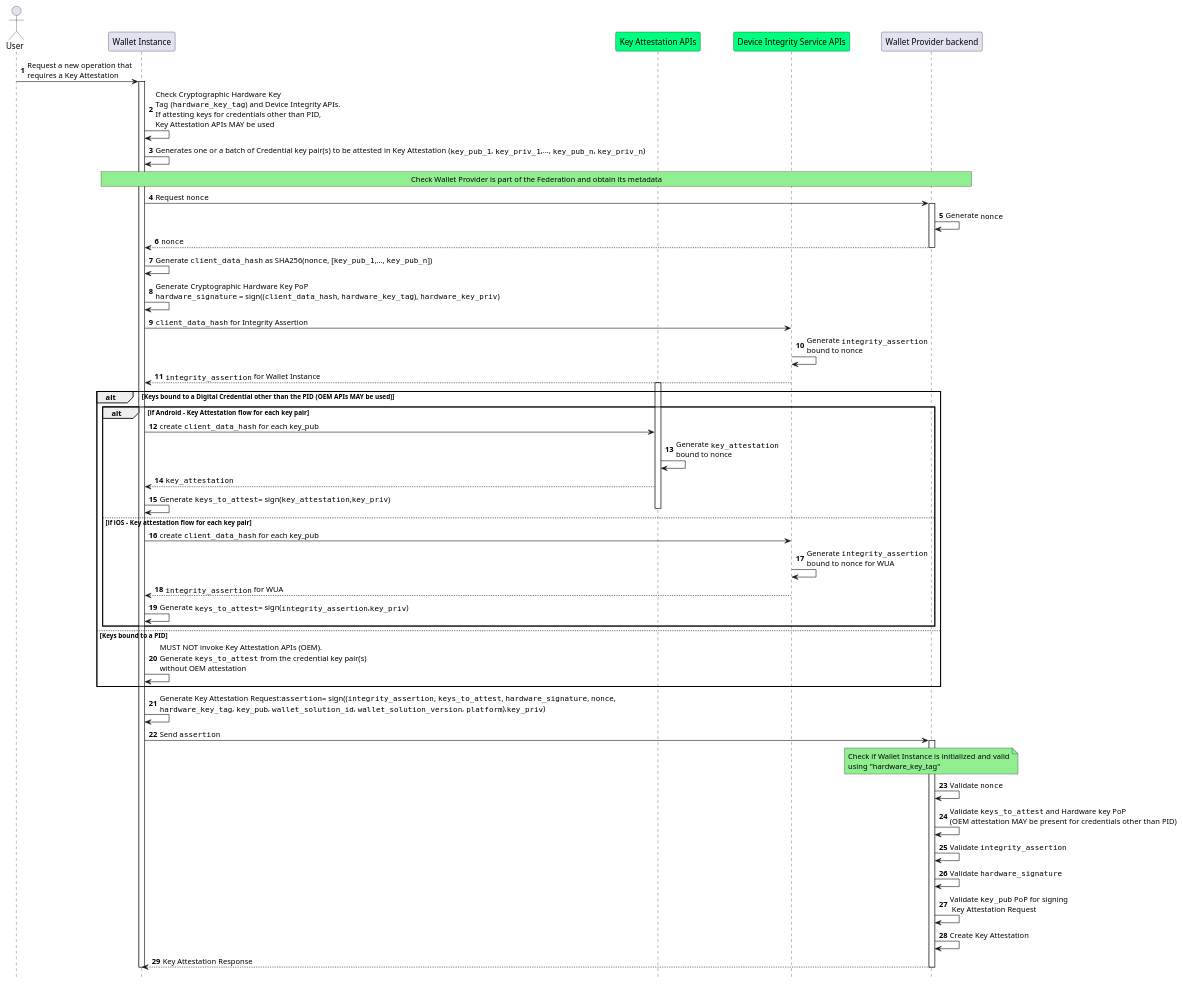
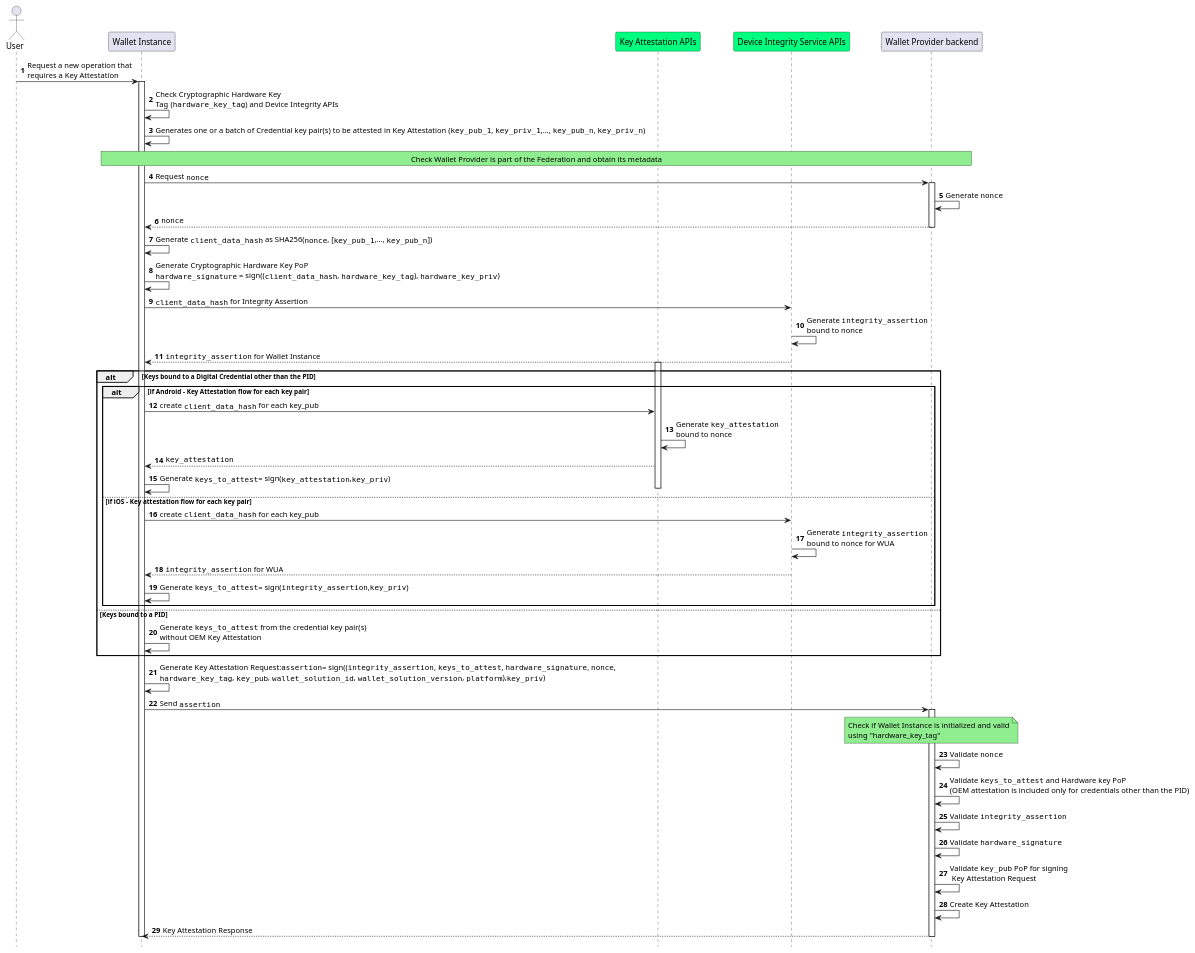
Before and after one commit to italia/eid-wallet-it-docs: the diagram in docs/en/plantuml/wallet-attestation-issuance.puml, drawn with PlantUML. The commit also changed 3 other files, not shown here.

```diff
--- a/docs/en/plantuml/wallet-attestation-issuance.puml
+++ b/docs/en/plantuml/wallet-attestation-issuance.puml
@@ -1,88 +1,88 @@
 @startuml Wallet App and Wallet Unit Attestations Issuance
 autonumber
 hide footbox
 
 'Participants
 actor "User" as user
 participant "Wallet Instance" as app 
 participant "Key Attestation APIs" as kats #springgreen
 participant "Device Integrity Service APIs" as aats #springgreen
 participant "Wallet Provider backend" as bck
 
 user->app: Request a new operation that\nrequires a Key Attestation 
 activate app
 
-app->app: Check Cryptographic Hardware Key \nTag (""hardware_key_tag"") and Device Integrity APIs.\nIf attesting keys for credentials other than PID,\nKey Attestation APIs MAY be used
+app->app: Check Cryptographic Hardware Key \nTag (""hardware_key_tag"") and Device Integrity APIs
 
 app->app: Generates one or a batch of Credential key pair(s) to be attested in Key Attestation (""key_pub_1"", ""key_priv_1"",..., ""key_pub_n"", ""key_priv_n"")
 
 rnote over app,bck #LIGHTGREEN
 Check Wallet Provider is part of the Federation and obtain its metadata
 endrnote
 
 app->bck: Request ""nonce""
 activate bck
 
 bck->bck: Generate ""nonce""
 
 bck-->app: ""nonce""
 deactivate bck
 
 
 app->app: Generate ""client_data_hash"" as SHA256(""nonce"", [""key_pub_1"",..., ""key_pub_n""]) 
 
 app->app: Generate Cryptographic Hardware Key PoP\n""hardware_signature"" = sign((""client_data_hash"", ""hardware_key_tag""), ""hardware_key_priv"")
 
 app->aats: ""client_data_hash"" for Integrity Assertion
 aats->aats: Generate ""integrity_assertion""\nbound to nonce 
 aats-->app: ""integrity_assertion"" for Wallet Instance
 
-alt Keys bound to a Digital Credential other than the PID (OEM APIs MAY be used)
+alt Keys bound to a Digital Credential other than the PID
 
 alt if Android - Key Attestation flow for each key pair
 
 activate kats
 
 app->kats: create ""client_data_hash"" for each key_pub
 
 kats->kats: Generate ""key_attestation""\nbound to nonce
 
 kats-->app: ""key_attestation"" 
 app->app : Generate ""keys_to_attest""= sign(""key_attestation"",""key_priv"")
 
 deactivate kats
 
 else if iOS - Key attestation flow for each key pair
 
 app->aats: create ""client_data_hash"" for each key_pub
 aats->aats: Generate ""integrity_assertion""\nbound to nonce for WUA
 aats-->app: ""integrity_assertion"" for WUA 
 app->app : Generate ""keys_to_attest""= sign(""integrity_assertion"",""key_priv"")
 end
 
 else Keys bound to a PID
-app->app: MUST NOT invoke Key Attestation APIs (OEM).\nGenerate ""keys_to_attest"" from the credential key pair(s)\nwithout OEM attestation
+app->app: Generate ""keys_to_attest"" from the credential key pair(s)\nwithout OEM Key Attestation
 end
 
 
 app->app: Generate Key Attestation Request:""assertion""= sign((""integrity_assertion"", ""keys_to_attest"", ""hardware_signature"", ""nonce"",\n""hardware_key_tag"", ""key_pub"", ""wallet_solution_id"", ""wallet_solution_version"", ""platform""),""key_priv"")
 app->bck: Send ""assertion""
 activate bck
 Note over bck, bck #LIGHTGREEN
 Check if Wallet Instance is initialized and valid
 using "hardware_key_tag"
 End note
 
 bck->bck: Validate ""nonce""
-bck->bck: Validate ""keys_to_attest"" and Hardware key PoP\n(OEM attestation MAY be present for credentials other than PID)
+bck->bck: Validate ""keys_to_attest"" and Hardware key PoP\n(OEM attestation is included only for credentials other than the PID)
 bck->bck: Validate ""integrity_assertion""
 bck->bck: Validate ""hardware_signature""
 bck->bck: Validate ""key_pub"" PoP for signing\n Key Attestation Request
 bck->bck: Create Key Attestation
 
 
 bck-->app: Key Attestation Response
 
 deactivate bck
 deactivate app
 @enduml
```
